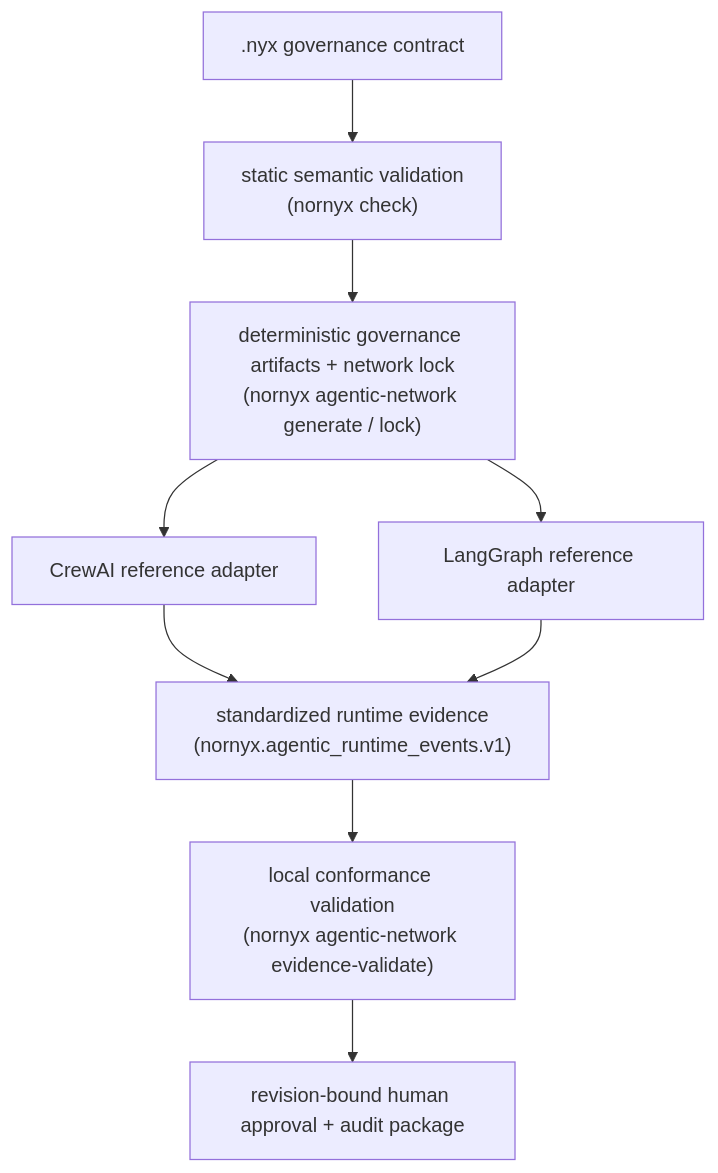
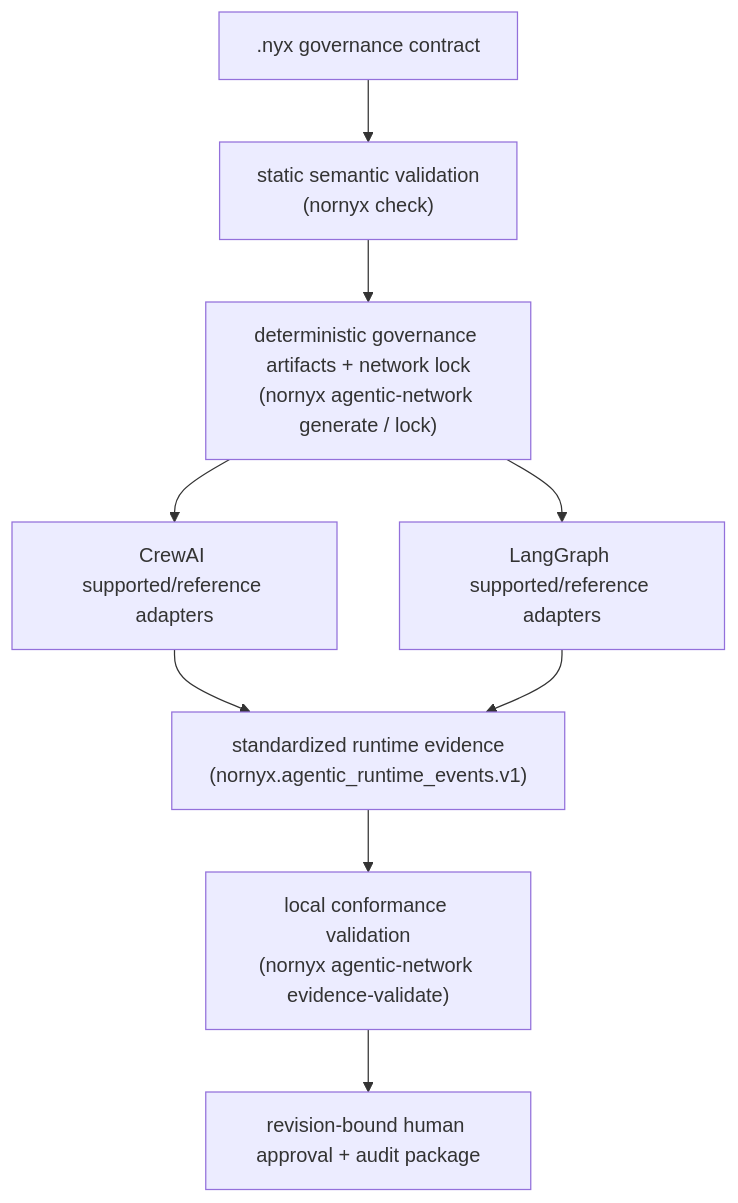
One commit to mazinmarji/nornyx changed the diagram in docs/agentic-network/00_OVERVIEW.md. Above: the diagram before and after it, drawn with Mermaid. The commit also changed other lines of this file and 46 other files, not shown here.

Commit message:
Add runtime occurrence semantics and LangGraph adapter

````diff
--- a/docs/agentic-network/00_OVERVIEW.md
+++ b/docs/agentic-network/00_OVERVIEW.md
@@ -18,11 +18,11 @@
 ```mermaid
 flowchart TD
     A[".nyx governance contract"] --> B["static semantic validation<br/>(nornyx check)"]
     B --> C["deterministic governance artifacts + network lock<br/>(nornyx agentic-network generate / lock)"]
-    C --> D["CrewAI reference adapter"]
-    C --> E["LangGraph reference adapter"]
+    C --> D["CrewAI supported/reference adapters"]
+    C --> E["LangGraph supported/reference adapters"]
     D --> F["standardized runtime evidence<br/>(nornyx.agentic_runtime_events.v1)"]
     E --> F
     F --> G["local conformance validation<br/>(nornyx agentic-network evidence-validate)"]
     G --> H["revision-bound human approval + audit package"]
 ```
````
